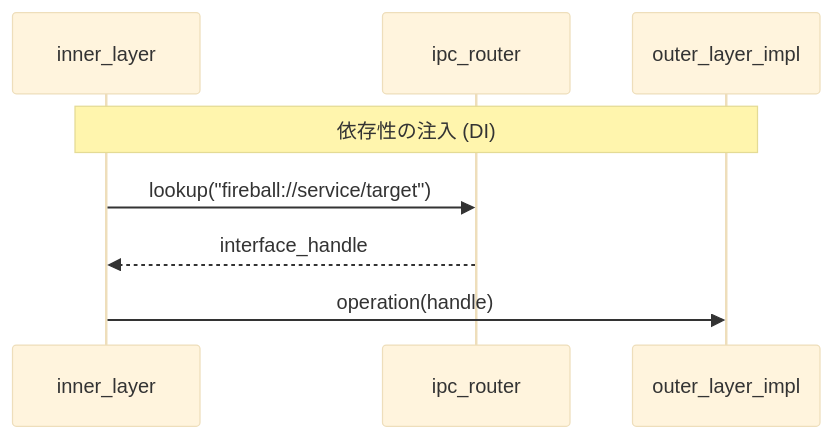
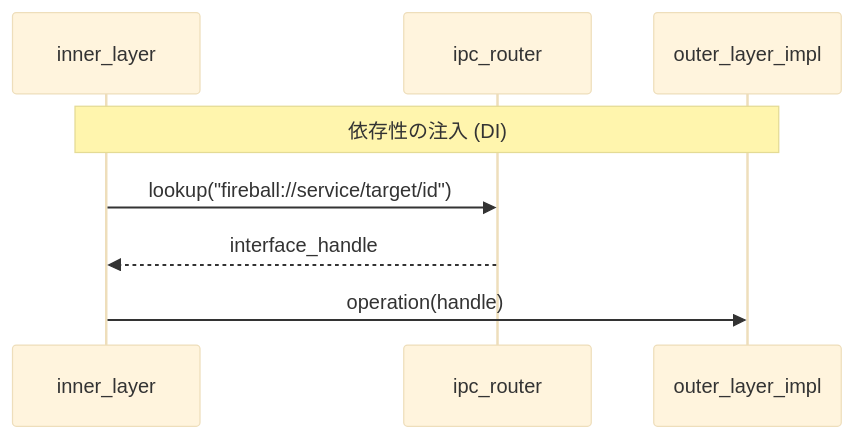
One commit to kmt-t/fireball changed the second of 2 diagrams in docs/orders/patterns/interface.md. Above: the diagram before and after it, drawn with Mermaid (base theme). The commit also changed other lines of this file and 7 other files, not shown here.

````diff
--- a/docs/orders/patterns/interface.md
+++ b/docs/orders/patterns/interface.md
@@ -30,11 +30,11 @@
 ```mermaid
 sequenceDiagram
     participant client as inner_layer
     participant router as ipc_router
     participant provider as outer_layer_impl
 
     Note over client, provider: 依存性の注入 (DI)
-    client->>router: lookup("fireball://service/target")
+    client->>router: lookup("fireball://service/target/id")
     router-->>client: interface_handle
     client->>provider: operation(handle)
 ```
````
